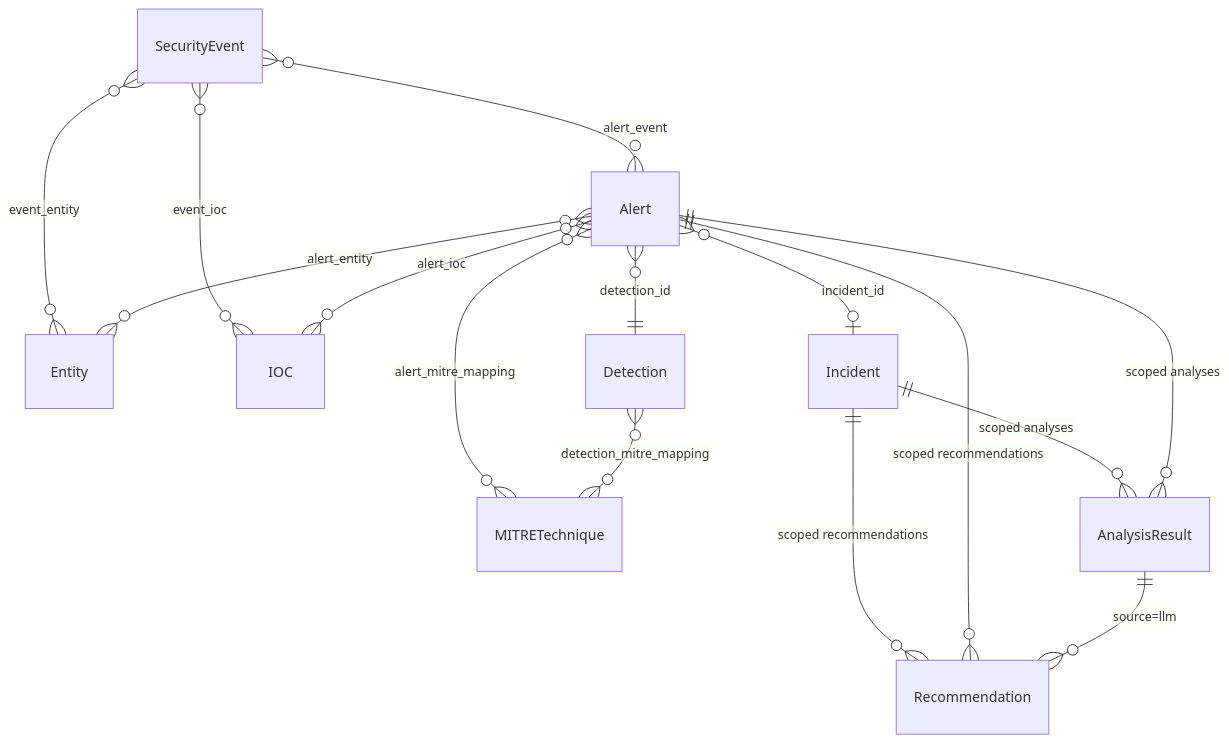
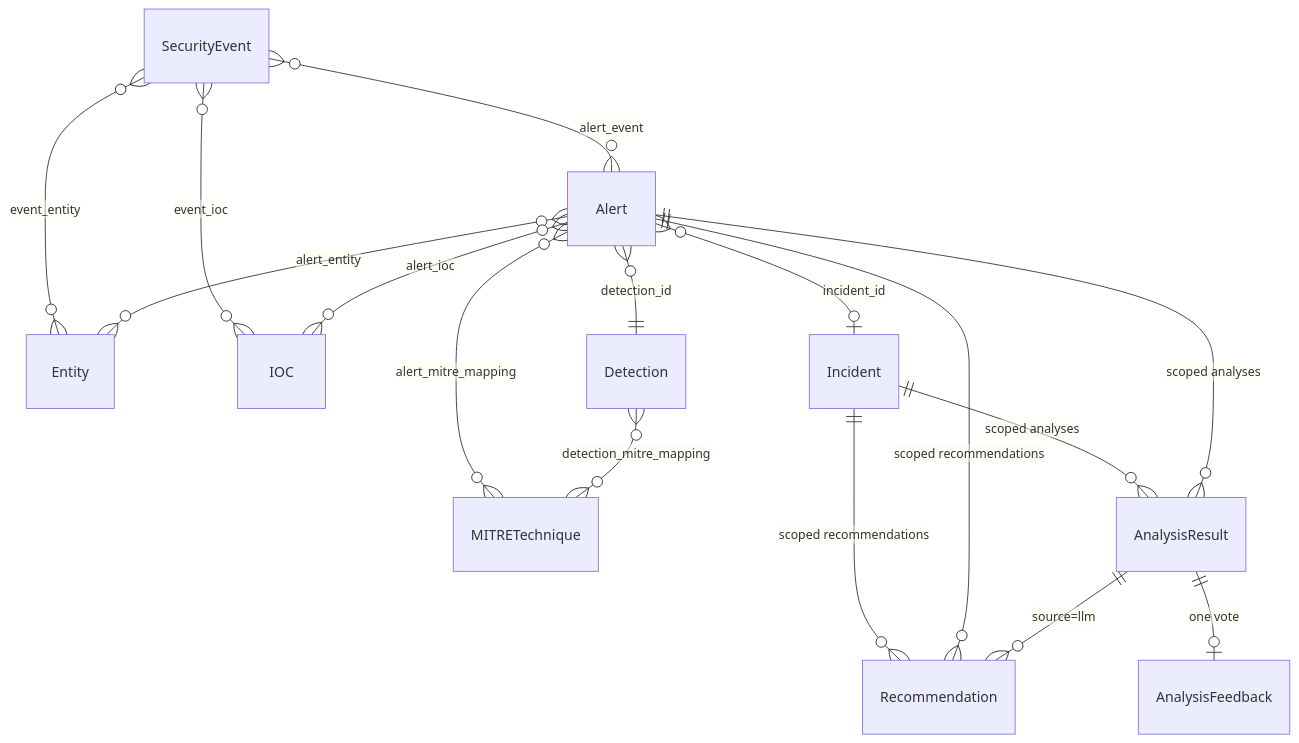
Before and after one commit to Runningbird20/SITA: the diagram in Documentation/DEF.md, drawn with Mermaid. The commit also changed other lines of this file and 25 other files, not shown here.

````diff
--- a/Documentation/DEF.md
+++ b/Documentation/DEF.md
@@ -261,17 +280,18 @@
 ```mermaid
 erDiagram
     SecurityEvent }o--o{ Entity : "event_entity"
     SecurityEvent }o--o{ Alert : "alert_event"
     SecurityEvent }o--o{ IOC : "event_ioc"
     Alert }o--o{ Entity : "alert_entity"
     Alert }o--o{ IOC : "alert_ioc"
     Alert }o--o{ MITRETechnique : "alert_mitre_mapping"
     Alert }o--|| Detection : "detection_id"
     Alert }o--o| Incident : "incident_id"
     Detection }o--o{ MITRETechnique : "detection_mitre_mapping"
     Incident ||--o{ AnalysisResult : "scoped analyses"
     Incident ||--o{ Recommendation : "scoped recommendations"
     Alert ||--o{ AnalysisResult : "scoped analyses"
     Alert ||--o{ Recommendation : "scoped recommendations"
     AnalysisResult ||--o{ Recommendation : "source=llm"
+    AnalysisResult ||--o| AnalysisFeedback : "one vote"
 ```
````
